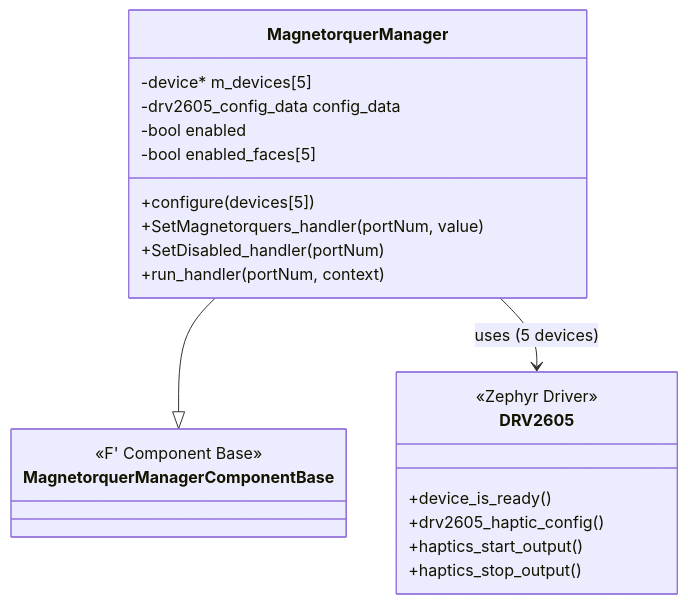
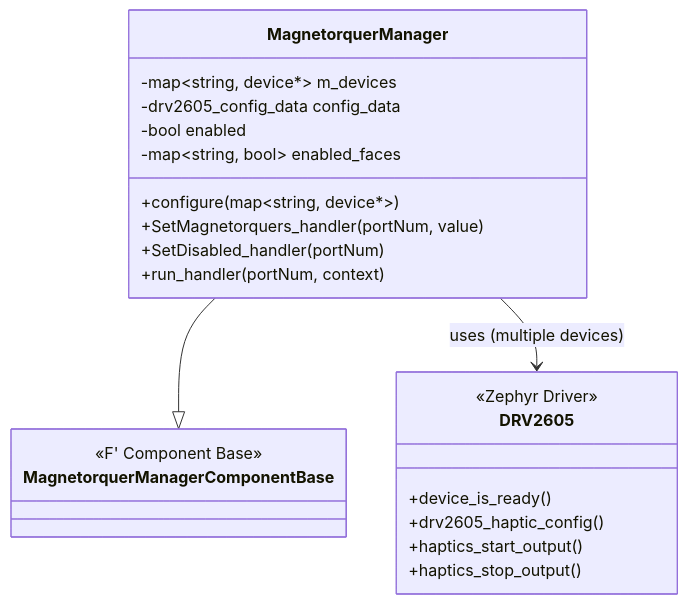
Before and after one commit to Open-Source-Space-Foundation/proves-core-reference: the second of 4 diagrams in FprimeZephyrReference/Components/Drv/MagnetorquerManager/docs/sdd.md, drawn with Mermaid. The commit also changed other lines of this file and 1 other file, not shown here.

````diff
--- a/FprimeZephyrReference/Components/Drv/MagnetorquerManager/docs/sdd.md
+++ b/FprimeZephyrReference/Components/Drv/MagnetorquerManager/docs/sdd.md
@@ -34,28 +35,28 @@
 ```mermaid
 classDiagram
     class MagnetorquerManager {
-        -device* m_devices[5]
+        -map~string, device*~ m_devices
         -drv2605_config_data config_data
         -bool enabled
-        -bool enabled_faces[5]
-        +configure(devices[5])
+        -map~string, bool~ enabled_faces
+        +configure(map~string, device*~)
         +SetMagnetorquers_handler(portNum, value)
         +SetDisabled_handler(portNum)
         +run_handler(portNum, context)
     }
 
     class MagnetorquerManagerComponentBase {
         <<F' Component Base>>
     }
 
     class DRV2605 {
         <<Zephyr Driver>>
         +device_is_ready()
         +drv2605_haptic_config()
         +haptics_start_output()
         +haptics_stop_output()
     }
 
     MagnetorquerManager --|> MagnetorquerManagerComponentBase
-    MagnetorquerManager --> DRV2605 : uses (5 devices)
+    MagnetorquerManager --> DRV2605 : uses (multiple devices)
 ```
````
